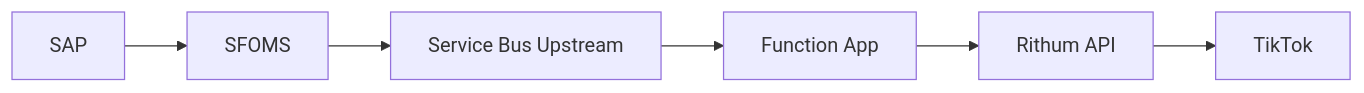
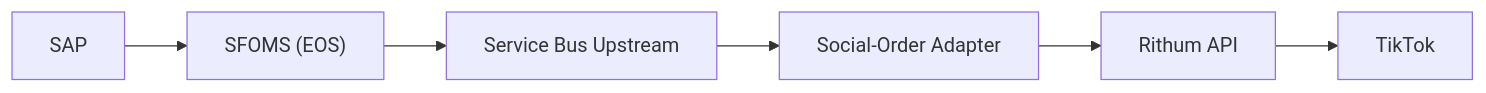
The sixth of 10 diagrams in presentation.md (alienfacepalm/columbia-social-order-use-case), drawn with Mermaid before and after one commit. The commit also changed other lines of this file and 7 other files, not shown here.

````diff
--- a/presentation.md
+++ b/presentation.md
@@ -230,8 +235,8 @@
 ```mermaid
 flowchart LR
-    SAP["SAP"] --> SFOMS["SFOMS"]
+    SAP["SAP"] --> SFOMS["SFOMS (EOS)"]
     SFOMS --> SB["Service Bus Upstream"]
-    SB --> FA["Function App"]
+    SB --> FA["Social-Order Adapter"]
     FA --> RAPI["Rithum API"]
     RAPI --> TT["TikTok"]
 ```
````
